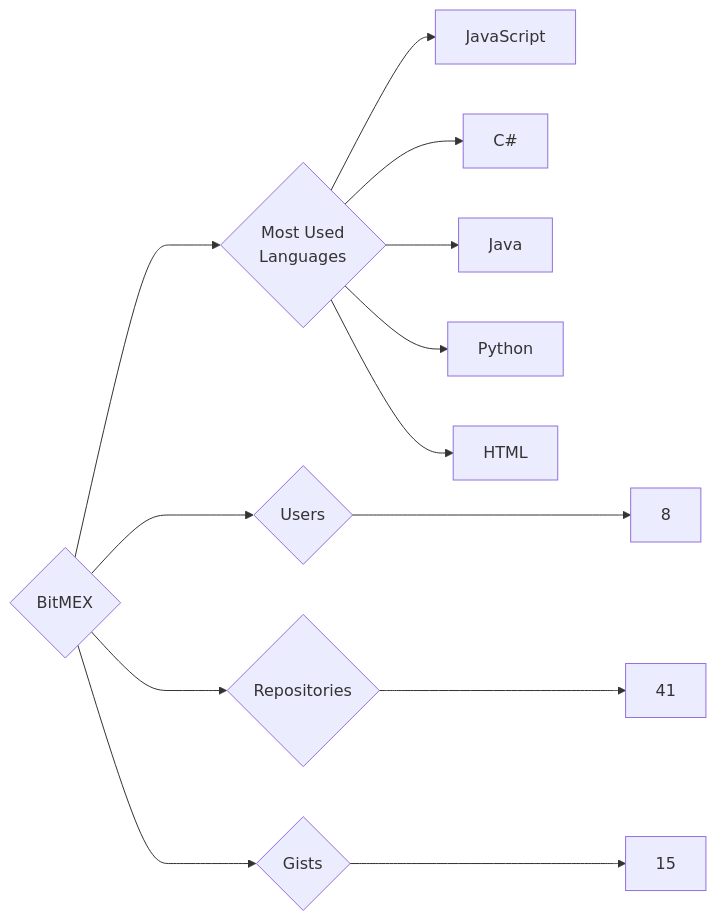
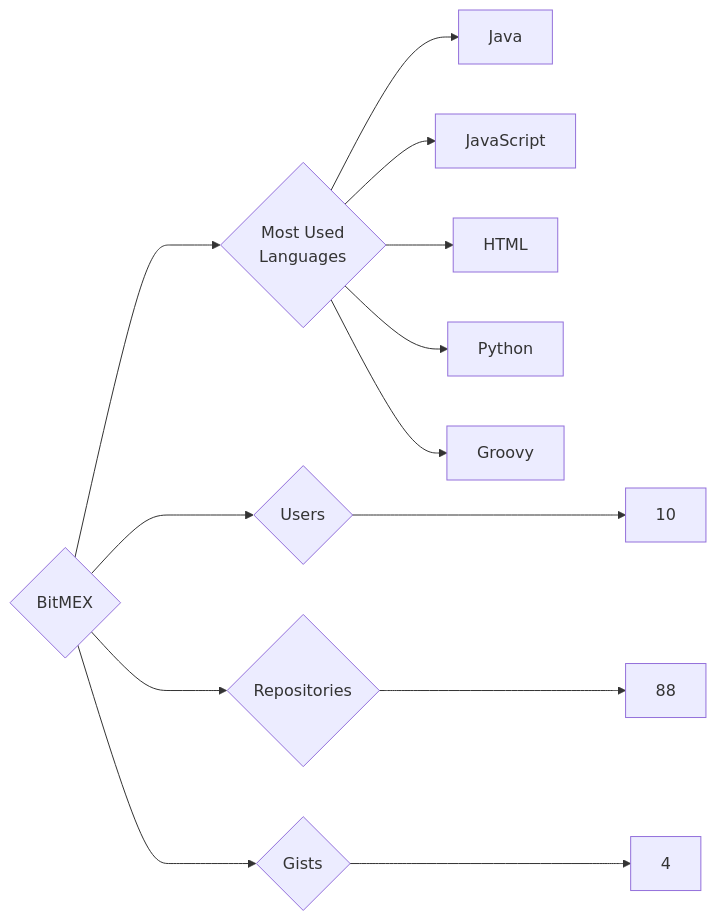
The diagram in targets/BitMEX/README.md (trickest/insiders), drawn with Mermaid before and after one commit. The commit also changed 1314 other files, not shown here.

````diff
--- a/targets/BitMEX/README.md
+++ b/targets/BitMEX/README.md
@@ -3,13 +3,13 @@
 ```mermaid
 graph LR
 COMPANY_NAME{BitMEX}
-COMPANY_NAME ---> U{Users} ---> UN[8]
-COMPANY_NAME ---> R{Repositories} ---> RN[41]
-COMPANY_NAME ---> G{Gists} ---> GN[15]
+COMPANY_NAME ---> U{Users} ---> UN[10]
+COMPANY_NAME ---> R{Repositories} ---> RN[88]
+COMPANY_NAME ---> G{Gists} ---> GN[4]
 COMPANY_NAME ---> ML{Most Used<br>Languages}
+ML --> Java[Java]
 ML --> JavaScript[JavaScript]
-ML --> C#[C#]
-ML --> Java[Java]
+ML --> HTML[HTML]
 ML --> Python[Python]
-ML --> HTML[HTML]
+ML --> Groovy[Groovy]
 ```
````
